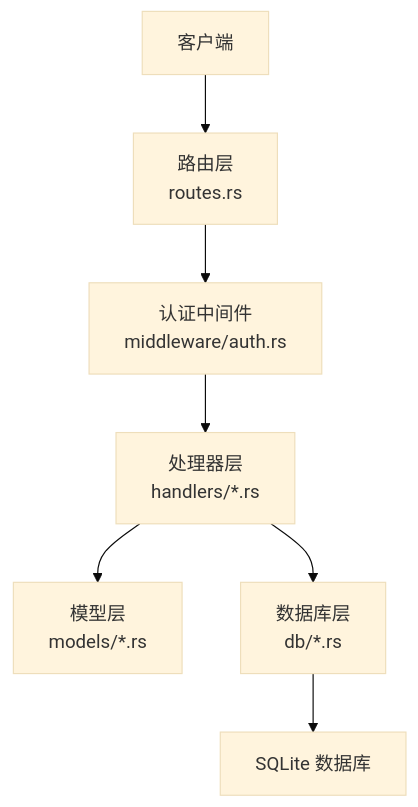
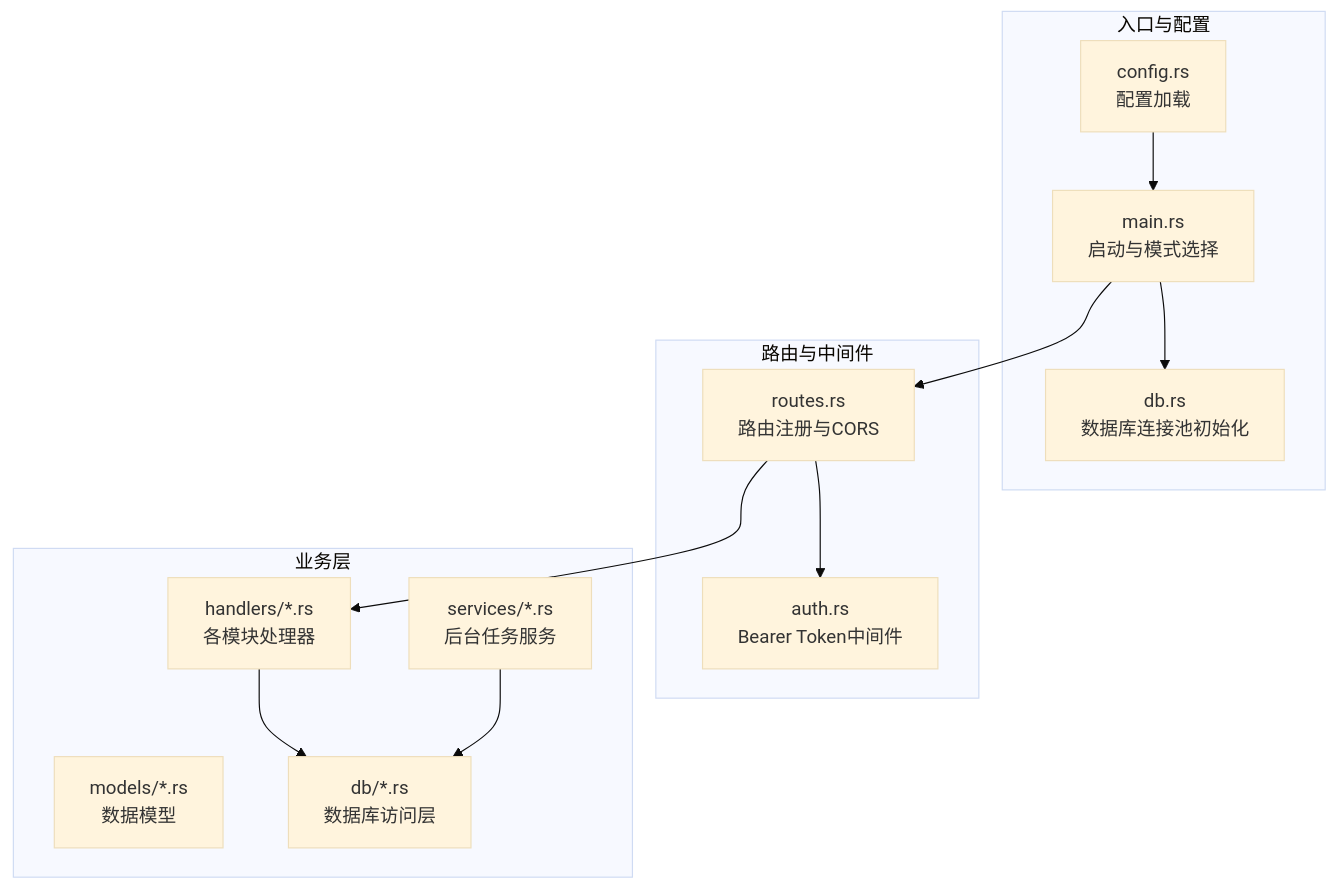
Before and after one commit to leimu-hue/AI-Trend-Tool: the first of 7 diagrams in .qoder/repowiki/zh/content/API接口文档/API接口文档.md, drawn with Mermaid (base theme). The commit also changed other lines of this file and 118 other files, not shown here.

````diff
--- a/.qoder/repowiki/zh/content/API接口文档/API接口文档.md
+++ b/.qoder/repowiki/zh/content/API接口文档/API接口文档.md
@@ -51,9 +45,25 @@
 ```mermaid
 graph TB
-Client["客户端"] --> Router["路由层<br/>routes.rs"]
-Router --> AuthMW["认证中间件<br/>middleware/auth.rs"]
-AuthMW --> Handlers["处理器层<br/>handlers/*.rs"]
-Handlers --> Models["模型层<br/>models/*.rs"]
-Handlers --> DB["数据库层<br/>db/*.rs"]
-DB --> SQLite["SQLite 数据库"]
+subgraph "入口与配置"
+MAIN["main.rs<br/>启动与模式选择"]
+CONFIG["config.rs<br/>配置加载"]
+DB_POOL["db.rs<br/>数据库连接池初始化"]
+end
+subgraph "路由与中间件"
+ROUTES["routes.rs<br/>路由注册与CORS"]
+AUTH_MW["auth.rs<br/>Bearer Token中间件"]
+end
+subgraph "业务层"
+HANDLERS["handlers/*.rs<br/>各模块处理器"]
+SERVICES["services/*.rs<br/>后台任务服务"]
+MODELS["models/*.rs<br/>数据模型"]
+DB_MOD["db/*.rs<br/>数据库访问层"]
+end
+MAIN --> ROUTES
+MAIN --> DB_POOL
+CONFIG --> MAIN
+ROUTES --> AUTH_MW
+ROUTES --> HANDLERS
+HANDLERS --> DB_MOD
+SERVICES --> DB_MOD
 ```
````
